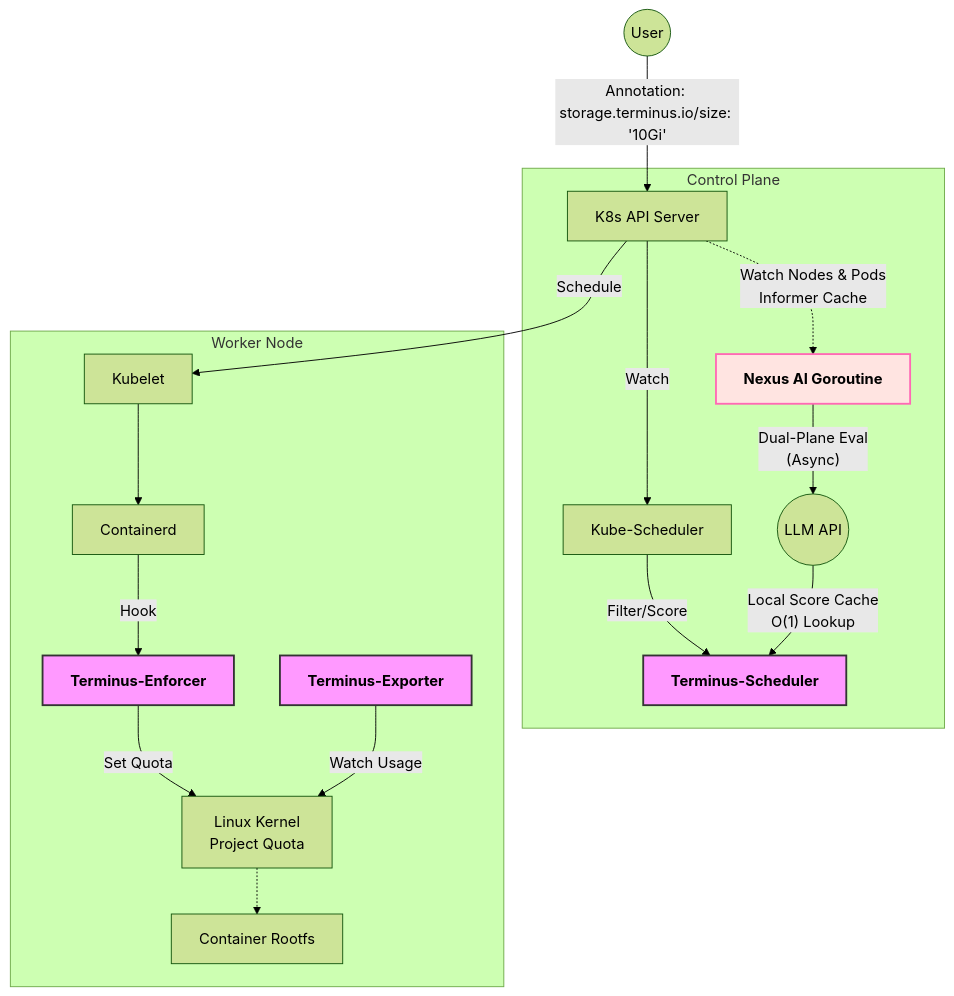
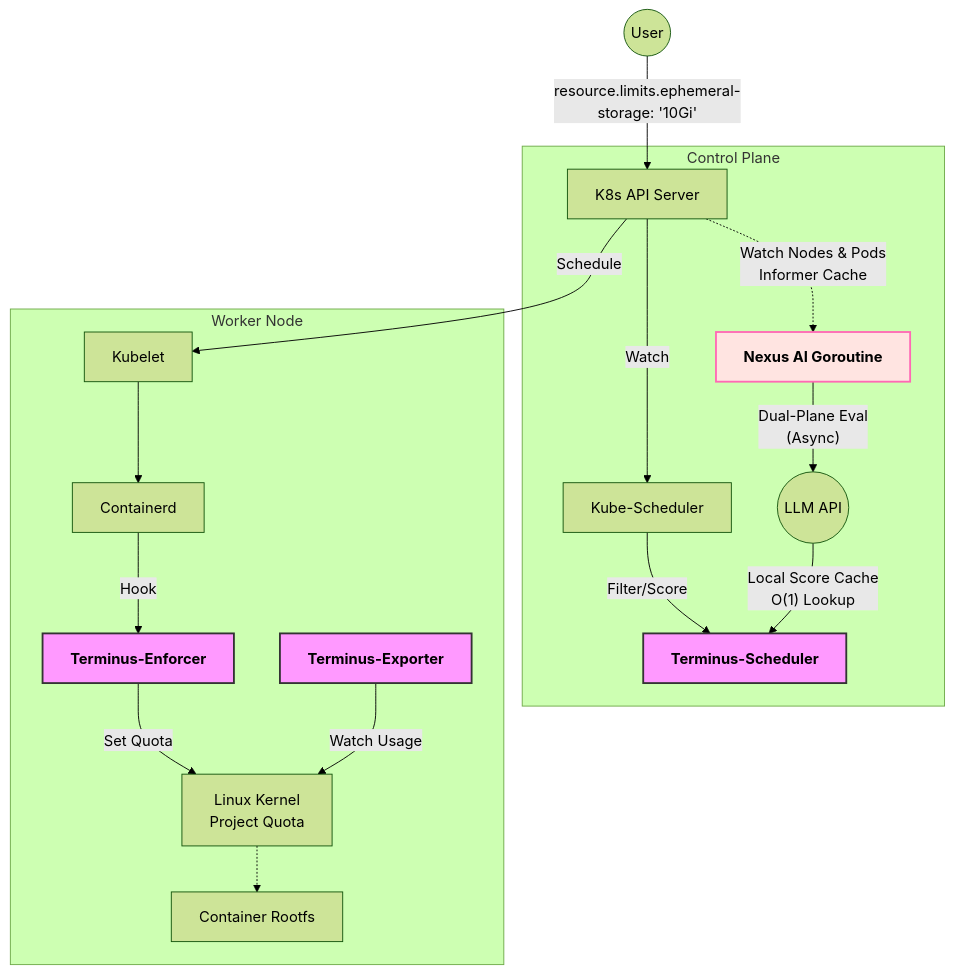
The diagram in README.md (terminus-io/Terminus), drawn with Mermaid (forest theme) before and after one commit. The commit also changed other lines of this file and 19 other files, not shown here.

Commit message:
Support native Kubernetes YAML parameter configuration for ephemeral-storage and emptydir temporary storage configurations, and enforce hard quotas based on quota

````diff
--- a/README.md
+++ b/README.md
@@ -48,31 +48,31 @@
 ```mermaid
 graph TD
-    User((User)) -->|Annotation: storage.terminus.io/size: '10Gi'| API[K8s API Server]
+    User((User)) -->|resource.limits.ephemeral-storage: '10Gi'| API[K8s API Server]
     
     subgraph Control Plane
         API -->|Watch| Scheduler[Kube-Scheduler]
         Scheduler -- Filter/Score --> Plugin[<b>Terminus-Scheduler</b>]
         
        
         API -.->|Watch Nodes & Pods<br/>Informer Cache| Nexus[<b>Nexus AI Goroutine</b>]
         Nexus -- "Dual-Plane Eval<br/>(Async)" --> LLM((LLM API))
         LLM -- "Local Score Cache<br/>O(1) Lookup" --> Plugin
     end
 
     subgraph Worker Node
         API -->|Schedule| Kubelet
         Kubelet --> CRI[Containerd]
         CRI -- Hook --> NRI[<b>Terminus-Enforcer</b>]
         NRI -- Set Quota --> Kernel[Linux Kernel<br/>Project Quota]
         
         Kernel -.-> Pod[Container Rootfs]
         
         Agent[<b>Terminus-Exporter</b>] -- Watch Usage --> Kernel
     end
     
     classDef component fill:#f9f,stroke:#333,stroke-width:2px;
     classDef ai fill:#ffe4e1,stroke:#ff69b4,stroke-width:2px;
     class NRI,Plugin,Agent component;
     class Nexus ai;
 
 ```
````
